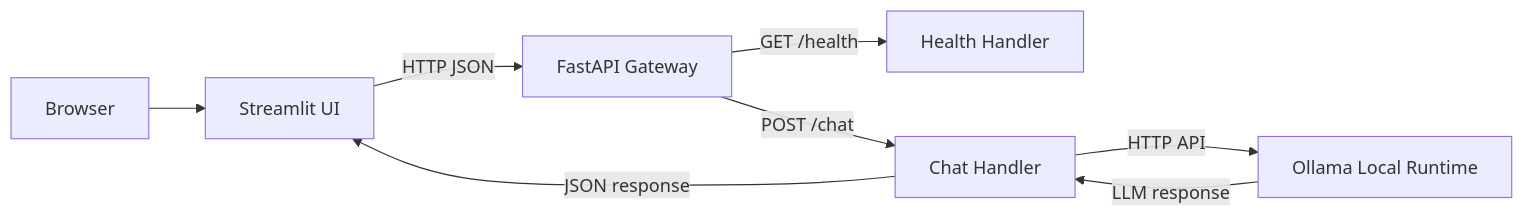
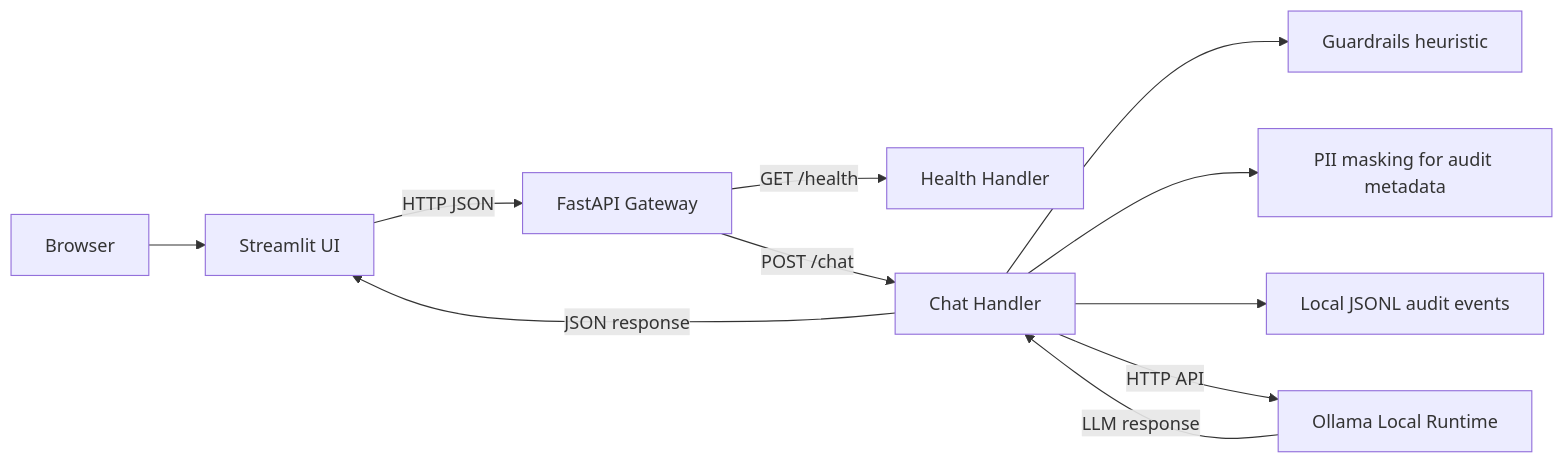
The first of 4 diagrams in docs/architecture.md (omcs-i-a/closed-llm-platform), drawn with Mermaid before and after one commit. The commit also changed other lines of this file and 22 other files, not shown here.

Commit message:
feat: implement M2 guardrails pii masking and audit baseline

````diff
--- a/docs/architecture.md
+++ b/docs/architecture.md
@@ -32,10 +32,13 @@
 ```mermaid
 flowchart LR
   Browser[Browser] --> UI[Streamlit UI]
   UI -->|HTTP JSON| API[FastAPI Gateway]
   API -->|GET /health| Health[Health Handler]
   API -->|POST /chat| Chat[Chat Handler]
+  Chat --> Guardrails[Guardrails heuristic]
+  Chat --> Privacy[PII masking for audit metadata]
+  Chat --> Audit[Local JSONL audit events]
   Chat -->|HTTP API| Ollama[Ollama Local Runtime]
   Ollama -->|LLM response| Chat
   Chat -->|JSON response| UI
 ```
````
